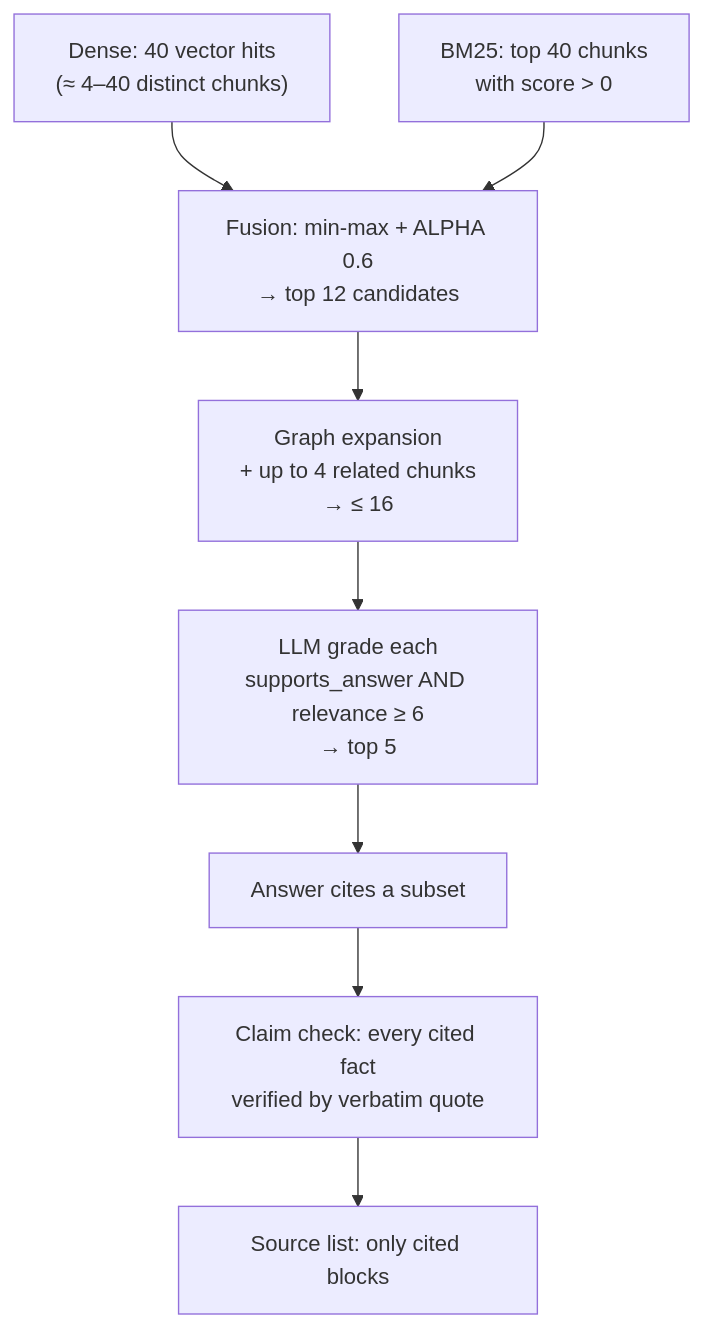
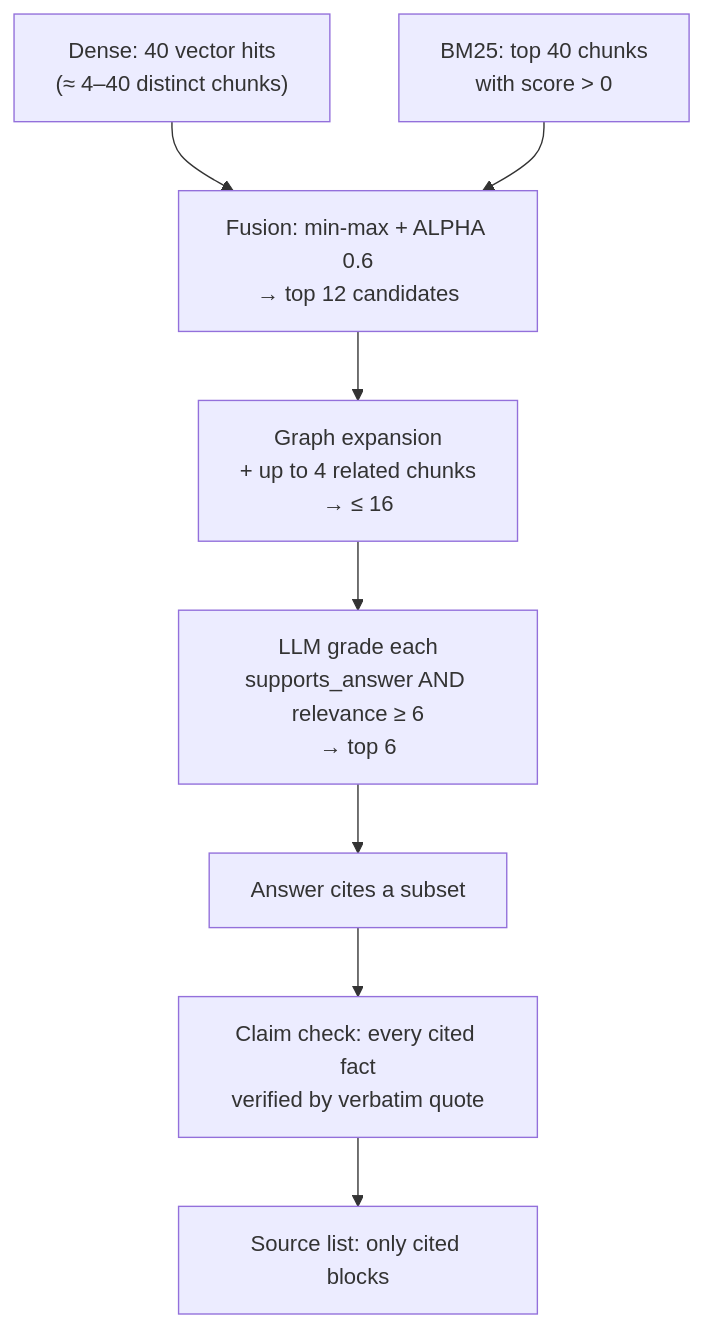
One commit to HaukeHoppe/MjoellnirAI changed the third of 3 diagrams in docs/CAPITAL_RAG_BEST_PRACTICES.md. Above: the diagram before and after it, drawn with Mermaid. The commit also changed other lines of this file and 4 other files, not shown here.

First line of the commit message:
docs(docs): bring README, deep-dive docs and diagram up to date

````diff
--- a/docs/CAPITAL_RAG_BEST_PRACTICES.md
+++ b/docs/CAPITAL_RAG_BEST_PRACTICES.md
@@ -159,11 +165,11 @@
 ```mermaid
 flowchart TD
     A["Dense: 40 vector hits<br/>(≈ 4–40 distinct chunks)"] --> C
     B["BM25: top 40 chunks<br/>with score &gt; 0"] --> C
     C["Fusion: min-max + ALPHA 0.6<br/>→ top 12 candidates"] --> D
     D["Graph expansion<br/>+ up to 4 related chunks<br/>→ ≤ 16"] --> E
-    E["LLM grade each<br/>supports_answer AND relevance ≥ 6<br/>→ top 5"] --> F
+    E["LLM grade each<br/>supports_answer AND relevance ≥ 6<br/>→ top 6"] --> F
     F["Answer cites a subset"] --> G
     G["Claim check: every cited fact<br/>verified by verbatim quote"] --> H
     H["Source list: only cited blocks"]
 ```
````
